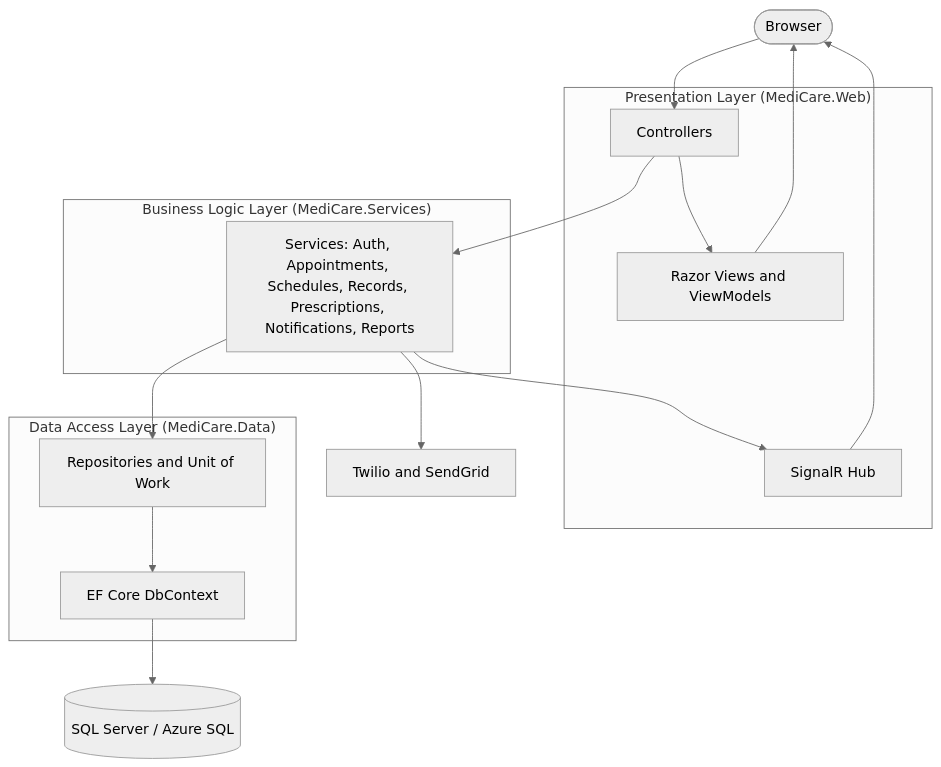
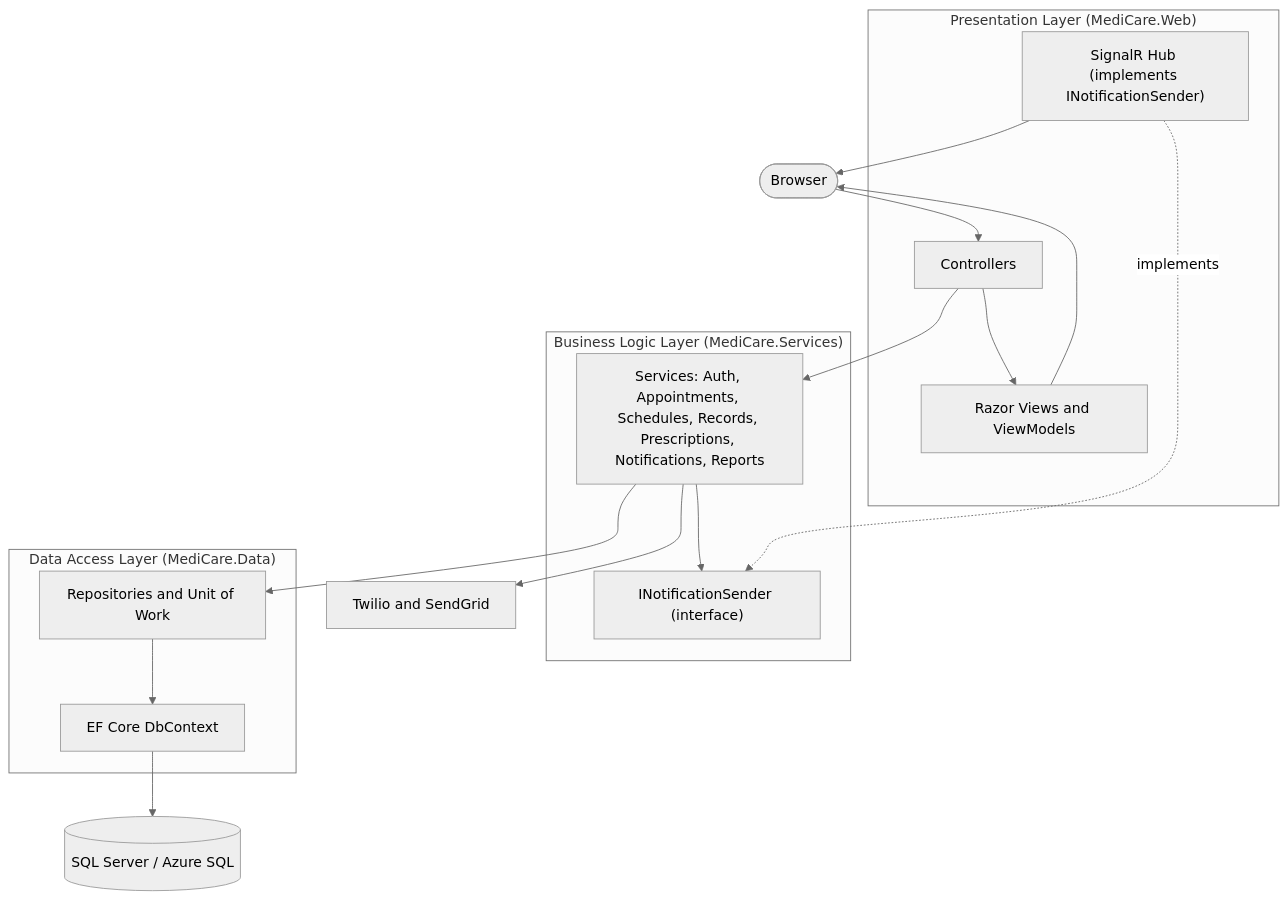
One commit to amnaa27/medicare-clinic-management changed the second of 18 diagrams in docs/4-System-Analysis-and-Design.md. Above: the diagram before and after it, drawn with Mermaid (neutral theme). The commit also changed other lines of this file and 12 other files, not shown here.

````diff
--- a/docs/4-System-Analysis-and-Design.md
+++ b/docs/4-System-Analysis-and-Design.md
@@ -74,33 +78,35 @@
 ```mermaid
 flowchart TB
     User([Browser])
 
     subgraph Web ["Presentation Layer (MediCare.Web)"]
         Ctrl["Controllers"]
         View["Razor Views and ViewModels"]
-        Hub["SignalR Hub"]
+        Hub["SignalR Hub (implements INotificationSender)"]
     end
 
     subgraph BLL ["Business Logic Layer (MediCare.Services)"]
         Svc["Services: Auth, Appointments, Schedules, Records, Prescriptions, Notifications, Reports"]
+        Iface["INotificationSender (interface)"]
     end
 
     subgraph DAL ["Data Access Layer (MediCare.Data)"]
         Repo["Repositories and Unit of Work"]
         Ctx["EF Core DbContext"]
     end
 
     DB[("SQL Server / Azure SQL")]
     Ext["Twilio and SendGrid"]
 
     User --> Ctrl
     Ctrl --> View
     View --> User
     Ctrl --> Svc
-    Svc --> Hub
+    Svc --> Iface
+    Hub -.->|implements| Iface
     Hub --> User
     Svc --> Repo
     Repo --> Ctx
     Ctx --> DB
     Svc --> Ext
 ```
````
